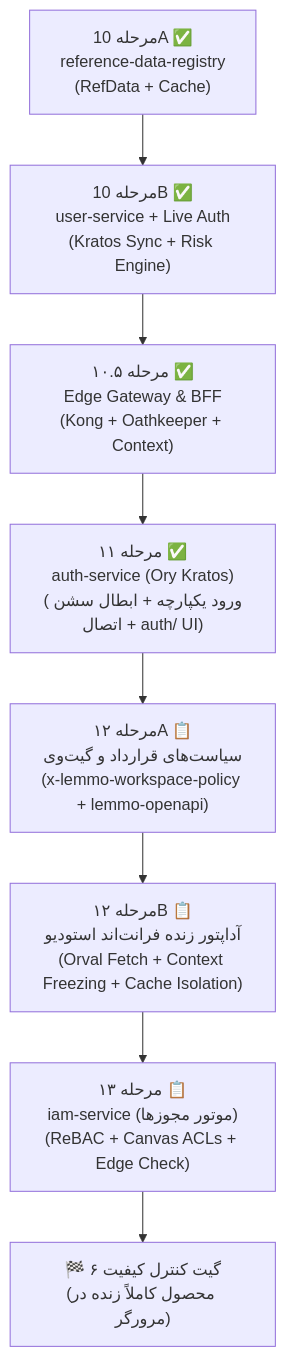
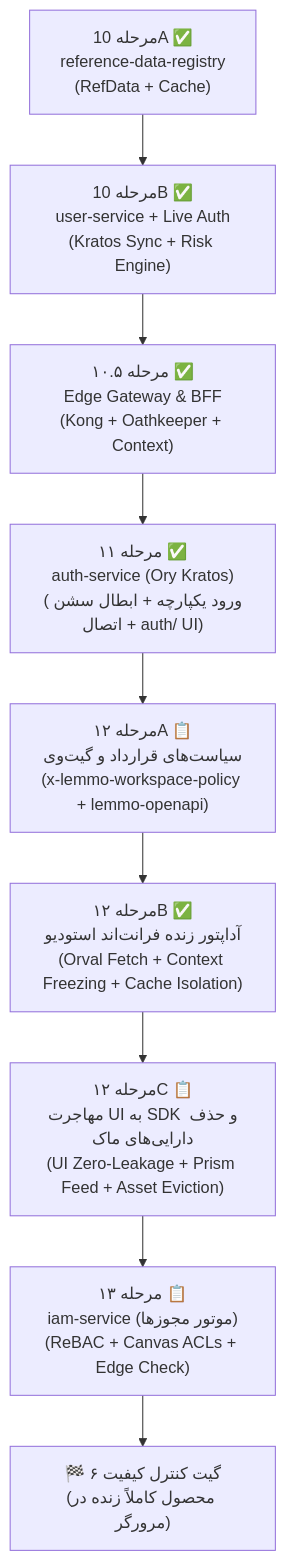
One commit to itstalentnet/dotdive changed the second of 2 diagrams in docs/lemmo/03-backend/roadmap.md. Above: the diagram before and after it, drawn with Mermaid. The commit also changed other lines of this file and 2 other files, not shown here.

Commit message:
docs(architecture): ratify Stage 12C for UI zero-leakage, Prism feed mock, and asset eviction

````diff
--- a/docs/lemmo/03-backend/roadmap.md
+++ b/docs/lemmo/03-backend/roadmap.md
@@ -121,10 +121,11 @@
 ```mermaid
 flowchart TD
     S10A["مرحله 10A ✅<br>reference-data-registry<br>(RefData + Cache)"] --> S10B["مرحله 10B ✅<br>user-service + Live Auth<br>(Kratos Sync + Risk Engine)"]
     S10B --> S105["مرحله ۱۰.۵ ✅<br>Edge Gateway & BFF<br>(Kong + Oathkeeper + Context)"]
     S105 --> S11["مرحله ۱۱ ✅<br>auth-service (Ory Kratos)<br>(ورود یکپارچه + ابطال سشن + اتصال auth/ UI)"]
     S11 --> S12A["مرحله ۱۲A 📋<br>سیاست‌های قرارداد و گیت‌وی<br>(x-lemmo-workspace-policy + lemmo-openapi)"]
-    S12A --> S12B["مرحله ۱۲B 📋<br>آداپتور زنده فرانت‌اند استودیو<br>(Orval Fetch + Context Freezing + Cache Isolation)"]
-    S12B --> S13["مرحله ۱۳ 📋<br>iam-service (موتور مجوزها)<br>(ReBAC + Canvas ACLs + Edge Check)"]
+    S12A --> S12B["مرحله ۱۲B ✅<br>آداپتور زنده فرانت‌اند استودیو<br>(Orval Fetch + Context Freezing + Cache Isolation)"]
+    S12B --> S12C["مرحله ۱۲C 📋<br>مهاجرت UI به SDK و حذف دارایی‌های ماک<br>(UI Zero-Leakage + Prism Feed + Asset Eviction)"]
+    S12C --> S13["مرحله ۱۳ 📋<br>iam-service (موتور مجوزها)<br>(ReBAC + Canvas ACLs + Edge Check)"]
     S13 --> Gate6["🏁 گیت کنترل کیفیت ۶<br>(محصول کاملاً زنده در مرورگر)"]
 ```
````
